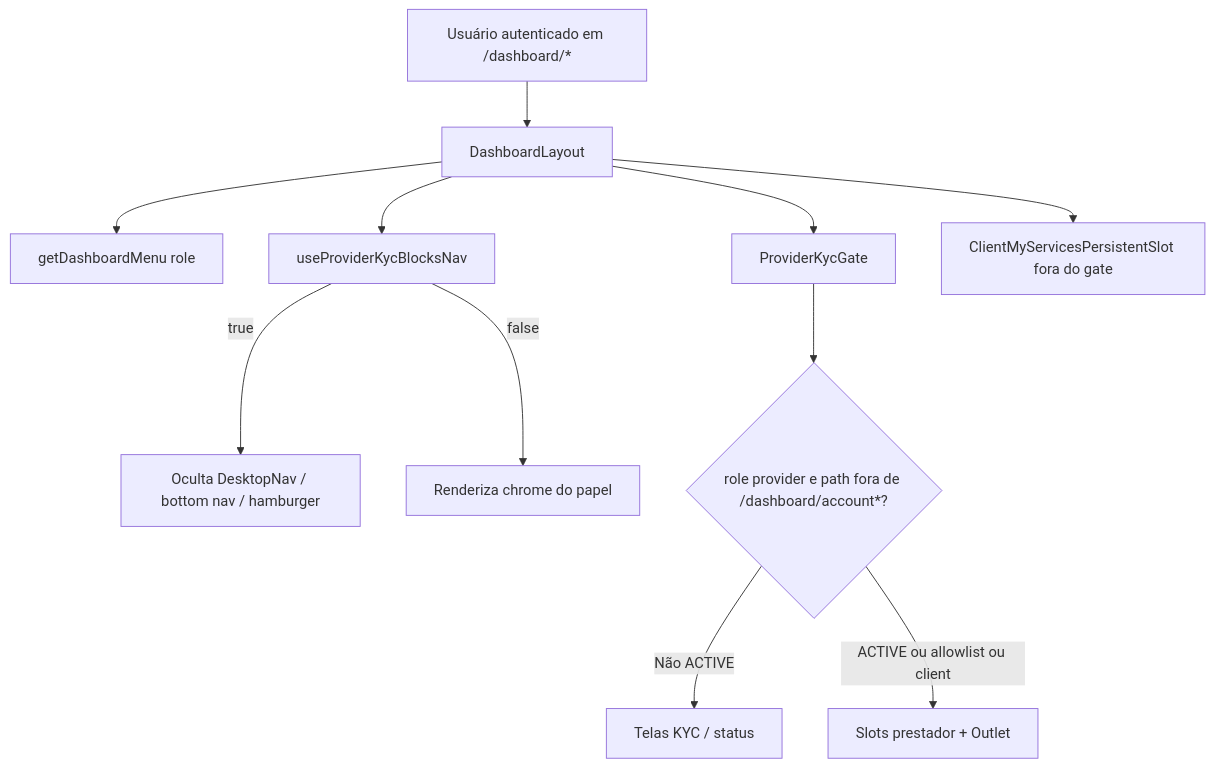
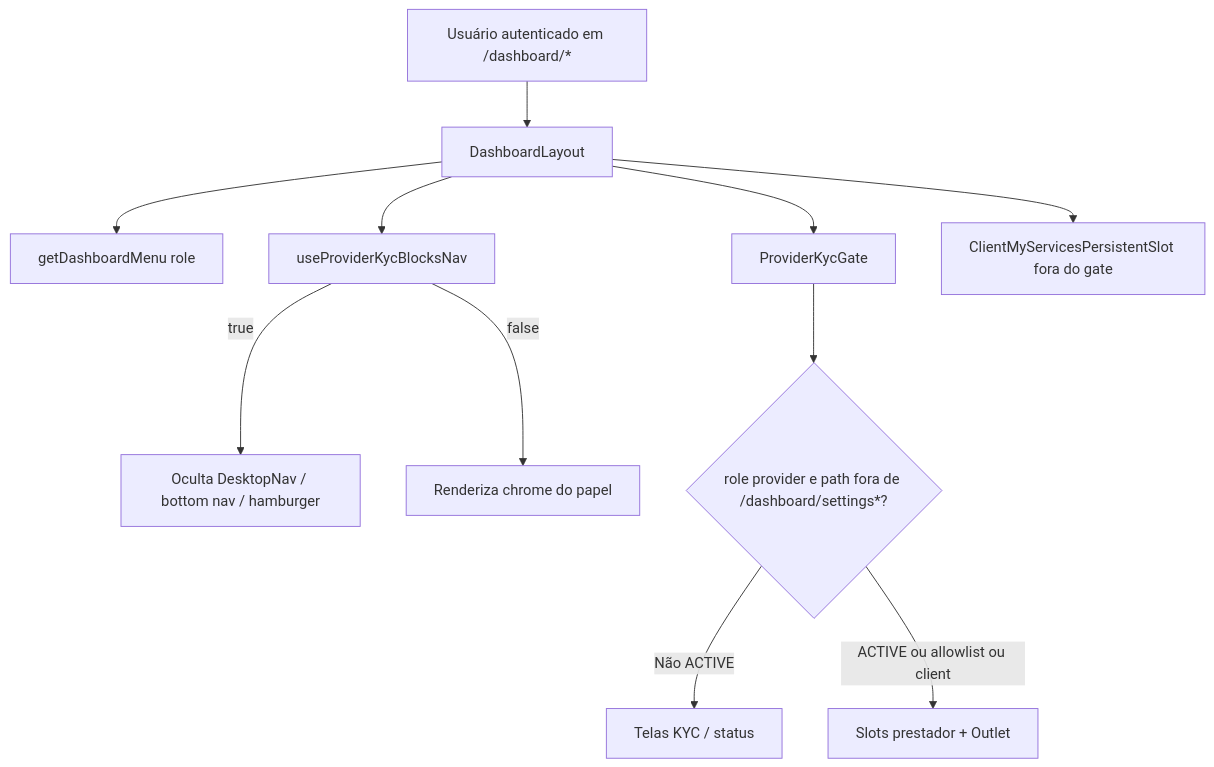
Before and after one commit to higorpo/renovi-orbit-test: the diagram in docs/business/modulos/dashboard-shell/features/placeholders-e-menu.md, drawn with Mermaid. The commit also changed other lines of this file and 195 other files, not shown here.

First line of the commit message:
Refactor account management to settings hub

````diff
--- a/docs/business/modulos/dashboard-shell/features/placeholders-e-menu.md
+++ b/docs/business/modulos/dashboard-shell/features/placeholders-e-menu.md
@@ -56,13 +56,13 @@
 ```mermaid
 flowchart TD
   A[Usuário autenticado em /dashboard/*] --> B[DashboardLayout]
   B --> C[getDashboardMenu role]
   B --> N[useProviderKycBlocksNav]
   N -->|true| O[Oculta DesktopNav / bottom nav / hamburger]
   N -->|false| G[Renderiza chrome do papel]
   B --> H[ProviderKycGate]
-  H --> I{role provider e path fora de /dashboard/account*?}
+  H --> I{role provider e path fora de /dashboard/settings*?}
   I -->|Não ACTIVE| J[Telas KYC / status]
   I -->|ACTIVE ou allowlist ou client| K[Slots prestador + Outlet]
   B --> L[ClientMyServicesPersistentSlot fora do gate]
 ```
````
